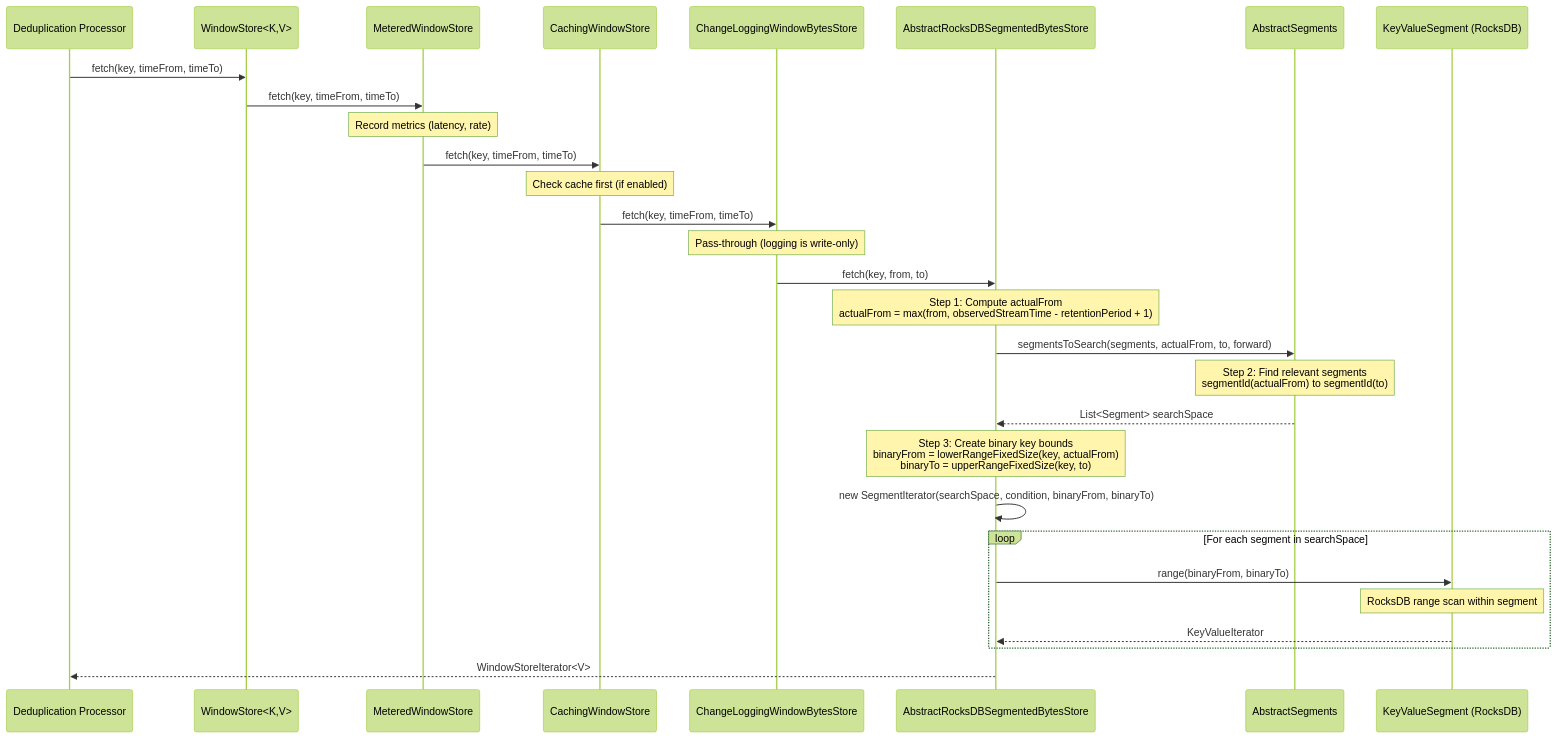
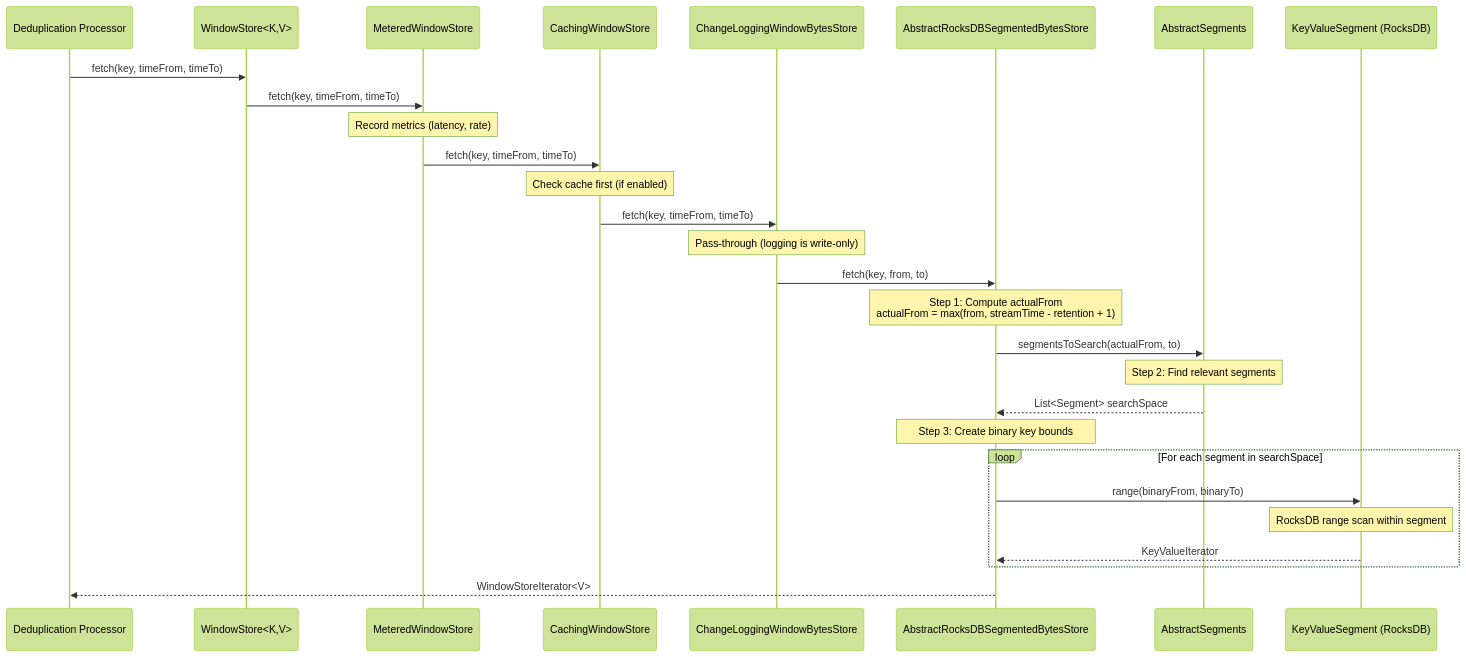
One commit to yutaofr/my-design-docs changed the fifth of 5 diagrams in deduplication-window-store-design.md. Above: the diagram before and after it, drawn with Mermaid (forest theme). The commit also changed other lines of this file, not shown here.

````diff
--- a/deduplication-window-store-design.md
+++ b/deduplication-window-store-design.md
@@ -478,42 +352,40 @@
 ```mermaid
 sequenceDiagram
     participant App as Deduplication Processor
     participant WS as WindowStore<K,V>
     participant MWS as MeteredWindowStore
     participant CWS as CachingWindowStore
     participant CLWS as ChangeLoggingWindowBytesStore
     participant RSBS as AbstractRocksDBSegmentedBytesStore
     participant Seg as AbstractSegments
     participant KVS as KeyValueSegment (RocksDB)
 
     App->>WS: fetch(key, timeFrom, timeTo)
     WS->>MWS: fetch(key, timeFrom, timeTo)
     Note over MWS: Record metrics (latency, rate)
     
     MWS->>CWS: fetch(key, timeFrom, timeTo)
     Note over CWS: Check cache first (if enabled)
     
     CWS->>CLWS: fetch(key, timeFrom, timeTo)
     Note over CLWS: Pass-through (logging is write-only)
     
     CLWS->>RSBS: fetch(key, from, to)
     
-    Note over RSBS: Step 1: Compute actualFrom<br/>actualFrom = max(from, observedStreamTime - retentionPeriod + 1)
+    Note over RSBS: Step 1: Compute actualFrom<br/>actualFrom = max(from, streamTime - retention + 1)
     
-    RSBS->>Seg: segmentsToSearch(segments, actualFrom, to, forward)
-    Note over Seg: Step 2: Find relevant segments<br/>segmentId(actualFrom) to segmentId(to)
+    RSBS->>Seg: segmentsToSearch(actualFrom, to)
+    Note over Seg: Step 2: Find relevant segments
     
     Seg-->>RSBS: List<Segment> searchSpace
     
-    Note over RSBS: Step 3: Create binary key bounds<br/>binaryFrom = lowerRangeFixedSize(key, actualFrom)<br/>binaryTo = upperRangeFixedSize(key, to)
-    
-    RSBS->>RSBS: new SegmentIterator(searchSpace, condition, binaryFrom, binaryTo)
+    Note over RSBS: Step 3: Create binary key bounds
     
     loop For each segment in searchSpace
         RSBS->>KVS: range(binaryFrom, binaryTo)
         Note over KVS: RocksDB range scan within segment
         KVS-->>RSBS: KeyValueIterator
     end
     
     RSBS-->>App: WindowStoreIterator<V>
 ```
````
